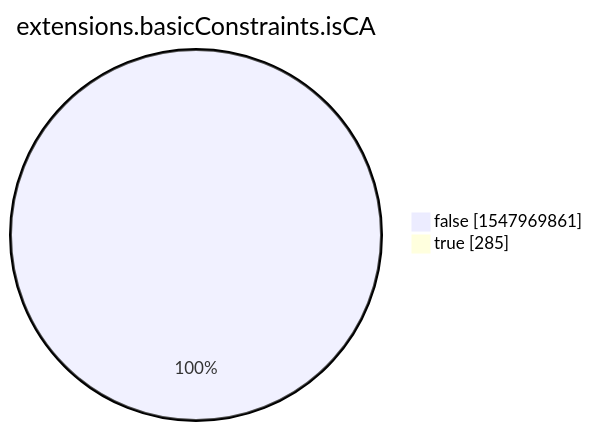
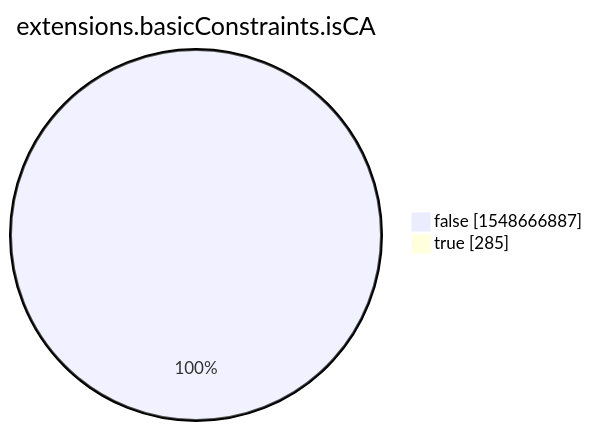
The eighth of 15 diagrams in xenon2022/README.md (christiankrug/ctmonitor_visualization), drawn with Mermaid before and after one commit. The commit also changed other lines of this file, not shown here.

````diff
--- a/xenon2022/README.md
+++ b/xenon2022/README.md
@@ -2859,6 +2859,6 @@
 ```mermaid
 pie showData
 title extensions.basicConstraints.isCA
-"false" :1547969861
+"false" :1548666887
 "true" :285
 ```
````
